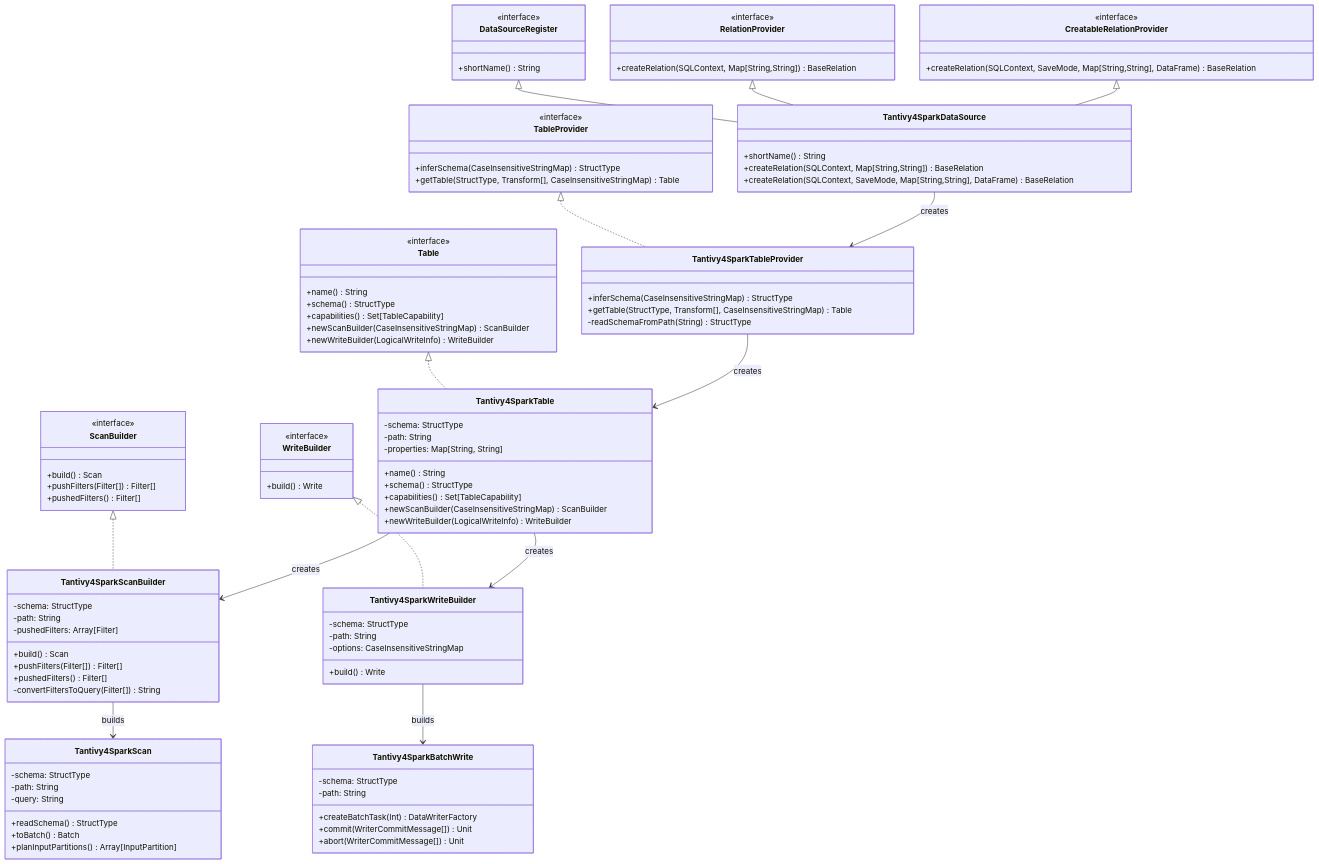
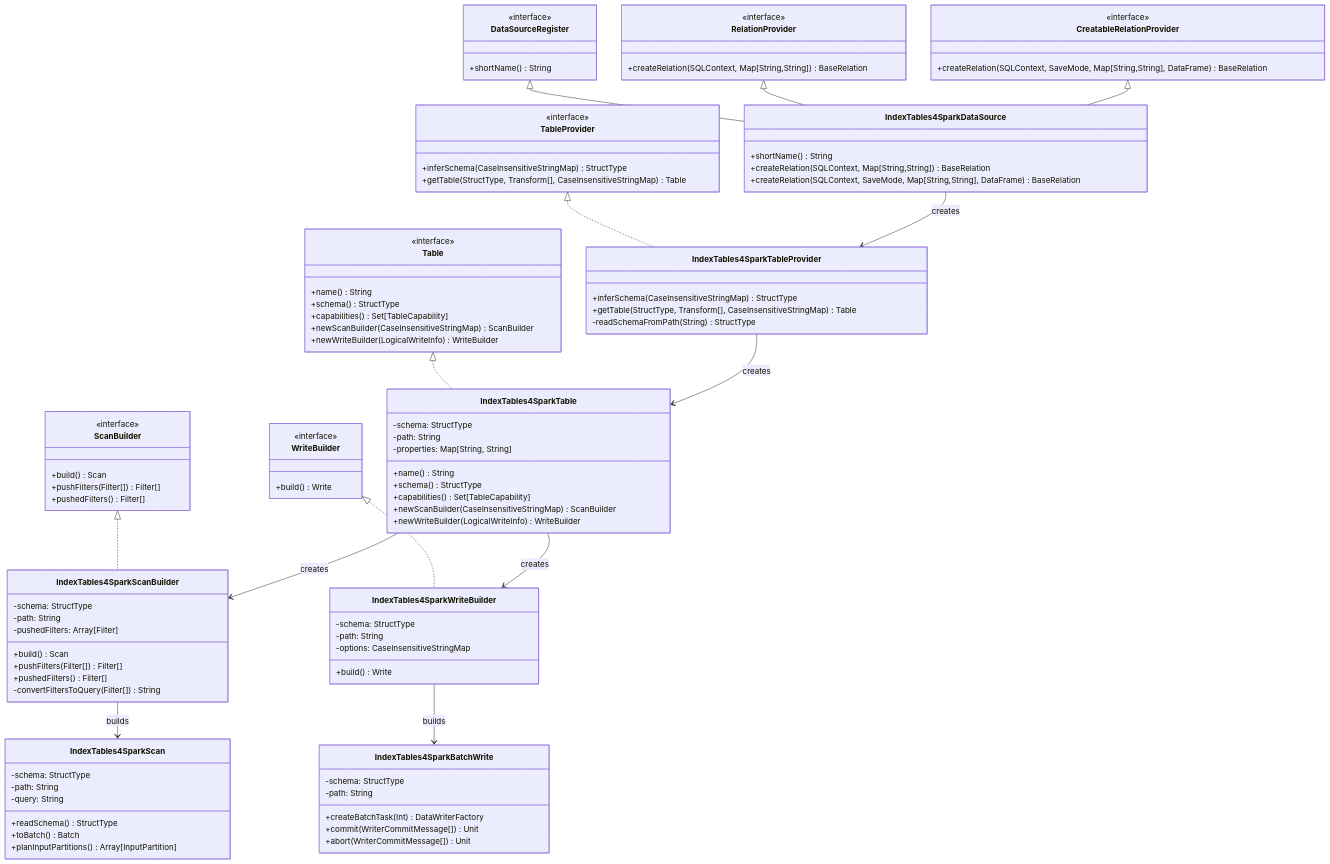
Before and after one commit to indextables/indextables_spark: the first of 13 diagrams in docs/UML_DIAGRAMS.md, drawn with Mermaid. The commit also changed other lines of this file and 10 other files, not shown here.

````diff
--- a/docs/UML_DIAGRAMS.md
+++ b/docs/UML_DIAGRAMS.md
@@ -56,20 +56,20 @@
         +build() Write
     }
 
-    %% Tantivy4Spark Implementation Classes
-    class Tantivy4SparkDataSource {
+    %% IndexTables4Spark Implementation Classes
+    class IndexTables4SparkDataSource {
         +shortName() String
         +createRelation(SQLContext, Map[String,String]) BaseRelation
         +createRelation(SQLContext, SaveMode, Map[String,String], DataFrame) BaseRelation
     }
 
-    class Tantivy4SparkTableProvider {
+    class IndexTables4SparkTableProvider {
         +inferSchema(CaseInsensitiveStringMap) StructType
         +getTable(StructType, Transform[], CaseInsensitiveStringMap) Table
         -readSchemaFromPath(String) StructType
     }
 
-    class Tantivy4SparkTable {
+    class IndexTables4SparkTable {
         -schema: StructType
         -path: String
         -properties: Map[String, String]
@@ -80,7 +80,7 @@
         +newWriteBuilder(LogicalWriteInfo) WriteBuilder
     }
 
-    class Tantivy4SparkScanBuilder {
+    class IndexTables4SparkScanBuilder {
         -schema: StructType
         -path: String
         -pushedFilters: Array[Filter]
@@ -90,7 +90,7 @@
         -convertFiltersToQuery(Filter[]) String
     }
 
-    class Tantivy4SparkScan {
+    class IndexTables4SparkScan {
         -schema: StructType
         -path: String
         -query: String
@@ -99,14 +99,14 @@
         +planInputPartitions() Array[InputPartition]
     }
 
-    class Tantivy4SparkWriteBuilder {
+    class IndexTables4SparkWriteBuilder {
         -schema: StructType
         -path: String
         -options: CaseInsensitiveStringMap
         +build() Write
     }
 
-    class Tantivy4SparkBatchWrite {
+    class IndexTables4SparkBatchWrite {
         -schema: StructType
         -path: String
         +createBatchTask(Int) DataWriterFactory
@@ -115,19 +115,19 @@
     }
 
     %% Relationships
-    DataSourceRegister <|-- Tantivy4SparkDataSource
-    RelationProvider <|-- Tantivy4SparkDataSource
-    CreatableRelationProvider <|-- Tantivy4SparkDataSource
+    DataSourceRegister <|-- IndexTables4SparkDataSource
+    RelationProvider <|-- IndexTables4SparkDataSource
+    CreatableRelationProvider <|-- IndexTables4SparkDataSource
 
-    TableProvider <|.. Tantivy4SparkTableProvider
-    Table <|.. Tantivy4SparkTable
-    ScanBuilder <|.. Tantivy4SparkScanBuilder
-    WriteBuilder <|.. Tantivy4SparkWriteBuilder
+    TableProvider <|.. IndexTables4SparkTableProvider
+    Table <|.. IndexTables4SparkTable
+    ScanBuilder <|.. IndexTables4SparkScanBuilder
+    WriteBuilder <|.. IndexTables4SparkWriteBuilder
 
-    Tantivy4SparkDataSource --> Tantivy4SparkTableProvider : creates
-    Tantivy4SparkTableProvider --> Tantivy4SparkTable : creates
-    Tantivy4SparkTable --> Tantivy4SparkScanBuilder : creates
-    Tantivy4SparkTable --> Tantivy4SparkWriteBuilder : creates
-    Tantivy4SparkScanBuilder --> Tantivy4SparkScan : builds
-    Tantivy4SparkWriteBuilder --> Tantivy4SparkBatchWrite : builds
+    IndexTables4SparkDataSource --> IndexTables4SparkTableProvider : creates
+    IndexTables4SparkTableProvider --> IndexTables4SparkTable : creates
+    IndexTables4SparkTable --> IndexTables4SparkScanBuilder : creates
+    IndexTables4SparkTable --> IndexTables4SparkWriteBuilder : creates
+    IndexTables4SparkScanBuilder --> IndexTables4SparkScan : builds
+    IndexTables4SparkWriteBuilder --> IndexTables4SparkBatchWrite : builds
 ```
````
